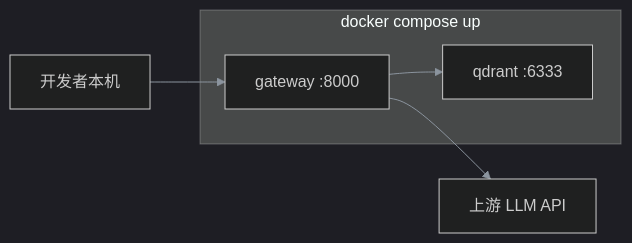
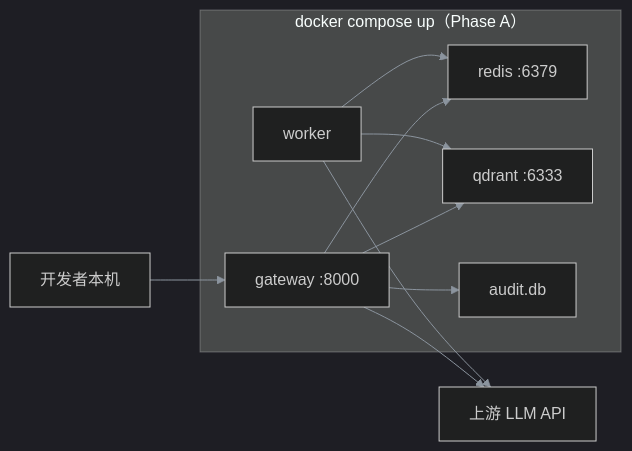
Before and after one commit to xingyun0812/ai-platform-lab: the fifth of 5 diagrams in docs/architecture.md, drawn with Mermaid. The commit also changed 36 other files, not shown here.

First line of the commit message:
feat: add Phase A internal beta with Redis state, worker queue, and audit

````diff
--- a/docs/architecture.md
+++ b/docs/architecture.md
@@ -139,14 +139,22 @@
 ```mermaid
 %%{init: {'theme': 'dark', 'themeVariables': { 'primaryColor': '#1e3a5f', 'primaryTextColor': '#e6edf3', 'primaryBorderColor': '#58a6ff', 'lineColor': '#8b949e', 'secondaryColor': '#21262d', 'tertiaryColor': '#161b22'}}}%%
 flowchart LR
   Host["开发者本机"]
-  subgraph Compose["docker compose up"]
+  subgraph Compose["docker compose up（Phase A）"]
     GW["gateway :8000"]
+    WK["worker"]
+    RD["redis :6379"]
     QD["qdrant :6333"]
+    AU["audit.db"]
   end
   LLM["上游 LLM API"]
 
   Host --> GW
+  GW --> RD
   GW --> QD
+  GW --> AU
   GW --> LLM
+  WK --> RD
+  WK --> QD
+  WK --> LLM
 ```
````
